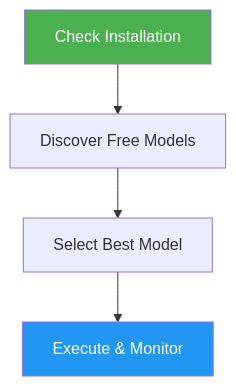
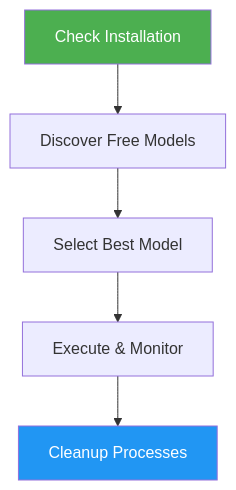
Before and after one commit to luongnv89/skills: the diagram in skills/opencode-runner/README.md, drawn with Mermaid. The commit also changed other lines of this file and 1 other file, not shown here.

Commit message:
feat(opencode-runner): add mandatory process cleanup phase
opencode spawns child processes (LSP, MCP, node workers) that persist
after task completion. Add Phase 5 with process tree kill, orphan scan,
temp file cleanup, and user confirmation. Every execution path (success,
error, timeout) now ends with cleanup to prevent resource leaks.

````diff
--- a/skills/opencode-runner/README.md
+++ b/skills/opencode-runner/README.md
@@ -23,8 +24,9 @@
 ```mermaid
 graph TD
     A["Check Installation"] --> B["Discover Free Models"]
     B --> C["Select Best Model"]
     C --> D["Execute & Monitor"]
+    D --> E["Cleanup Processes"]
     style A fill:#4CAF50,color:#fff
-    style D fill:#2196F3,color:#fff
+    style E fill:#2196F3,color:#fff
 ```
````
